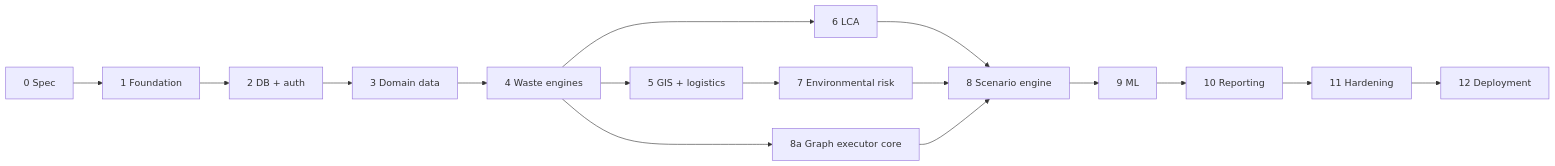
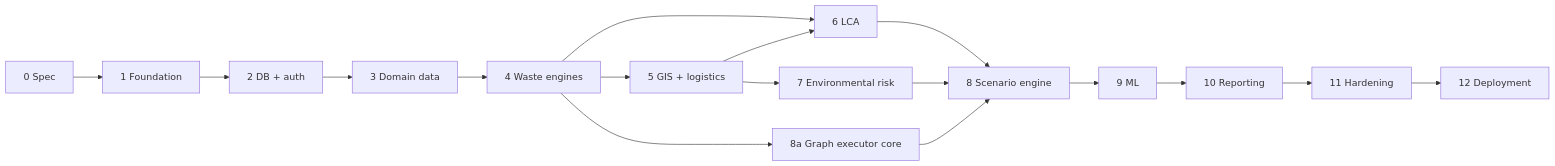
One commit to Andrew123s/Weta changed the diagram in docs/development-phases.md. Above: the diagram before and after it, drawn with Mermaid. The commit also changed 90 other files, not shown here.

````diff
--- a/docs/development-phases.md
+++ b/docs/development-phases.md
@@ -5,10 +5,10 @@
 ```mermaid
 flowchart LR
   P0[0 Spec] --> P1[1 Foundation] --> P2[2 DB + auth] --> P3[3 Domain data]
   P3 --> P4[4 Waste engines] --> P5[5 GIS + logistics]
-  P4 --> P6[6 LCA]
+  P4 & P5 --> P6[6 LCA]
   P5 --> P7[7 Environmental risk]
   P4 --> P8a[8a Graph executor core]
   P6 & P7 & P8a --> P8[8 Scenario engine]
   P8 --> P9[9 ML] --> P10[10 Reporting] --> P11[11 Hardening] --> P12[12 Deployment]
 ```
````
